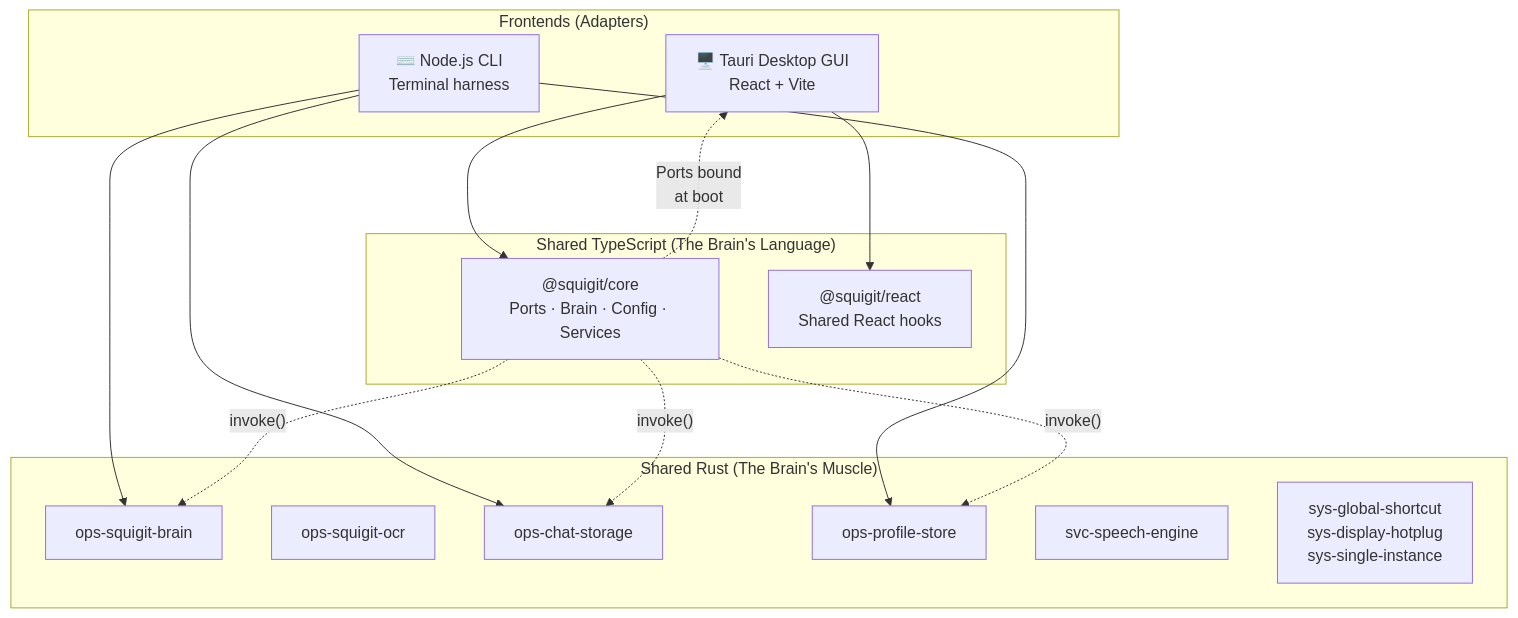
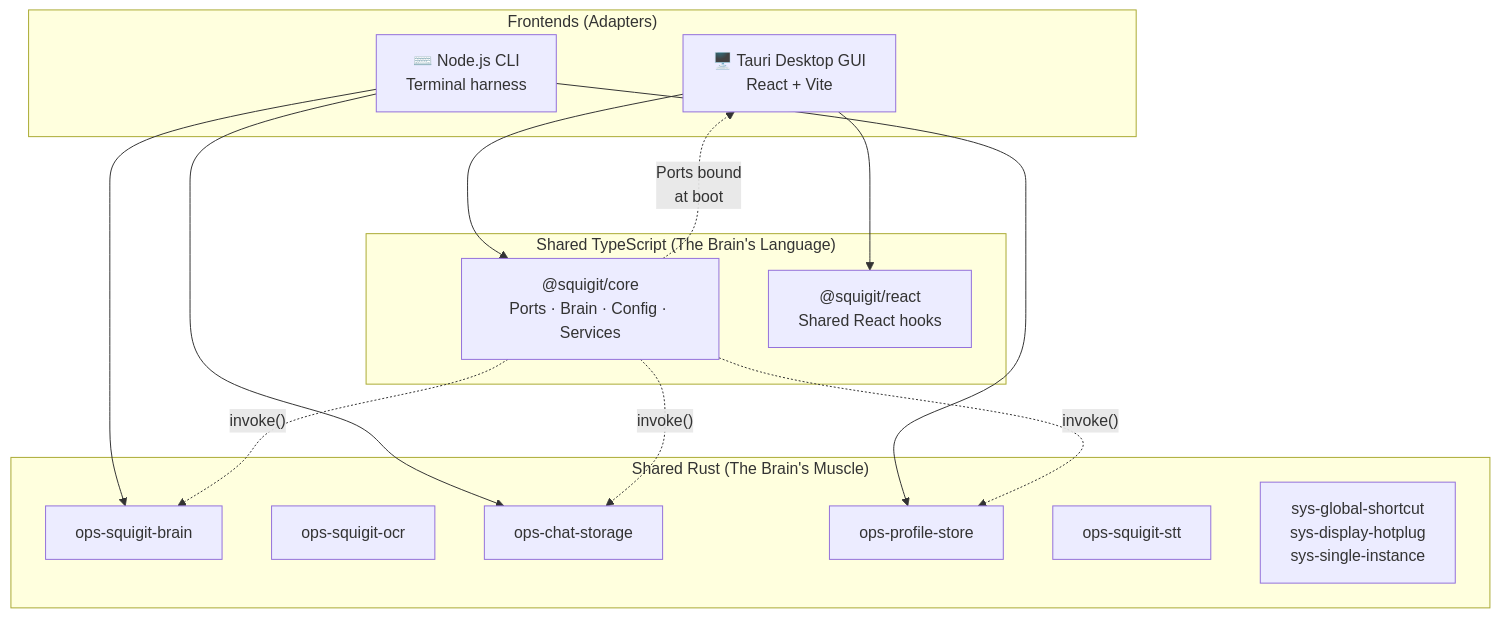
The first of 4 diagrams in docs/02-architecture/SQUIGIT.md (squigit-org/squigit), drawn with Mermaid before and after one commit. The commit also changed other lines of this file and 10 other files, not shown here.

Commit message:
refactor: migrate svc-speech-engine crate to ops-squigit-stt package

````diff
--- a/docs/02-architecture/SQUIGIT.md
+++ b/docs/02-architecture/SQUIGIT.md
@@ -16,32 +16,32 @@
 ```mermaid
 graph TB
     subgraph "Frontends (Adapters)"
         GUI["🖥️ Tauri Desktop GUI<br/>React + Vite"]
         CLI["⌨️ Node.js CLI<br/>Terminal harness"]
     end
 
     subgraph "Shared TypeScript (The Brain's Language)"
         CORE["@squigit/core<br/>Ports · Brain · Config · Services"]
         REACT["@squigit/react<br/>Shared React hooks"]
     end
 
     subgraph "Shared Rust (The Brain's Muscle)"
         OPS_BRAIN["ops-squigit-brain"]
         OPS_OCR["ops-squigit-ocr"]
         OPS_CHAT["ops-chat-storage"]
         OPS_PROF["ops-profile-store"]
-        SVC_SPEECH["svc-speech-engine"]
+        OPS_STT["ops-squigit-stt"]
         SYS["sys-global-shortcut<br/>sys-display-hotplug<br/>sys-single-instance"]
     end
 
     GUI --> CORE
     GUI --> REACT
     CLI --> OPS_BRAIN
     CLI --> OPS_PROF
     CLI --> OPS_CHAT
 
     CORE -.->|"Ports bound<br/>at boot"| GUI
     CORE -.->|"invoke()"| OPS_BRAIN
     CORE -.->|"invoke()"| OPS_CHAT
     CORE -.->|"invoke()"| OPS_PROF
 ```
````
